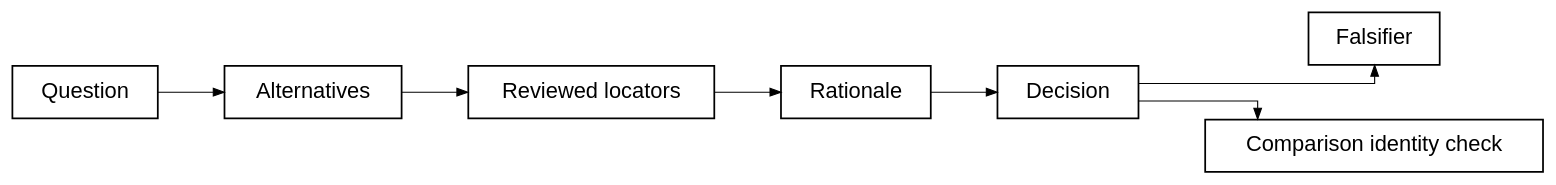
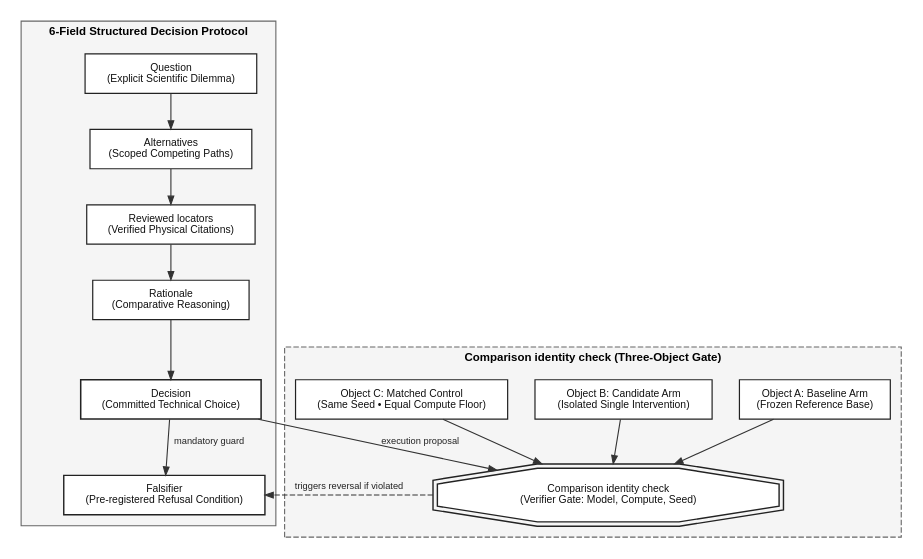
Before and after one commit to umyunsang/argo: the diagram in paper/figures/rendered/fig-04.dot, drawn with Graphviz. The commit also changed 32 other files, not shown here.

Commit message:
feat(paper): redesign all 9 figures into rich multi-tier technical architecture schematics with balanced aspect ratios

```diff
--- a/paper/figures/rendered/fig-04.dot
+++ b/paper/figures/rendered/fig-04.dot
@@ -1,21 +1,72 @@
-digraph G {
-  rankdir=LR;
+digraph DecisionProtocol {
+  compound=true;
+  rankdir=TB;
   bgcolor=white;
-  node [shape=box, style=solid, color=black, fontcolor=black, fontname="Helvetica", fontsize=20, penwidth=1.6, margin="0.30,0.18"];
-  edge [color=black, fontcolor=black, arrowhead=normal, penwidth=1.0];
-  splines=ortho;
-  nodesep=0.70; ranksep=0.85;
-  "Question" [label="Question"];
-  "Alternatives" [label="Alternatives"];
-  "Reviewed locators" [label="Reviewed locators"];
-  "Rationale" [label="Rationale"];
-  "Decision" [label="Decision"];
-  "Falsifier" [label="Falsifier"];
-  "Comparison identity check" [label="Comparison identity check"];
-  "Question" -> "Alternatives";
-  "Alternatives" -> "Reviewed locators";
-  "Reviewed locators" -> "Rationale";
-  "Rationale" -> "Decision";
-  "Decision" -> "Falsifier";
-  "Decision" -> "Comparison identity check";
+  nodesep=0.35;
+  ranksep=0.45;
+
+  node [
+    shape=box,
+    style="filled,solid",
+    fillcolor="#FFFFFF",
+    color="#222222",
+    fontcolor="#111111",
+    fontname="Helvetica",
+    fontsize=9.5,
+    penwidth=1.1,
+    margin="0.14,0.09"
+  ];
+
+  edge [
+    color="#333333",
+    fontcolor="#222222",
+    fontname="Helvetica",
+    fontsize=8.5,
+    arrowhead=normal,
+    arrowsize=0.75,
+    penwidth=1.0
+  ];
+
+  subgraph cluster_protocol {
+    label="6-Field Structured Decision Protocol";
+    fontname="Helvetica-Bold";
+    fontsize=10.5;
+    color="#666666";
+    fillcolor="#F5F5F5";
+    style="filled,solid";
+    margin=10;
+
+    q_node [label="Question\n(Explicit Scientific Dilemma)", shape=box];
+    alt_node [label="Alternatives\n(Scoped Competing Paths)", shape=box];
+    loc_node [label="Reviewed locators\n(Verified Physical Citations)", shape=box];
+    rat_node [label="Rationale\n(Comparative Reasoning)", shape=box];
+    dec_node [label="Decision\n(Committed Technical Choice)", shape=box, style="filled,bold", penwidth=1.4];
+    fal_node [label="Falsifier\n(Pre-registered Refusal Condition)", shape=box, penwidth=1.3];
+
+    q_node -> alt_node -> loc_node -> rat_node -> dec_node;
+    dec_node -> fal_node [label="mandatory guard"];
+  }
+
+  subgraph cluster_identity {
+    label="Comparison identity check (Three-Object Gate)";
+    fontname="Helvetica-Bold";
+    fontsize=10.5;
+    color="#666666";
+    fillcolor="#F5F5F5";
+    style="filled,dashed";
+    margin=10;
+
+    arm_base [label="Object A: Baseline Arm\n(Frozen Reference Base)", fillcolor="#FFFFFF"];
+    arm_cand [label="Object B: Candidate Arm\n(Isolated Single Intervention)", fillcolor="#FFFFFF"];
+    arm_ctrl [label="Object C: Matched Control\n(Same Seed • Equal Compute Floor)", fillcolor="#FFFFFF"];
+    
+    comp_gate [label="Comparison identity check\n(Verifier Gate: Model, Compute, Seed)", shape=doubleoctagon, penwidth=1.3];
+
+    arm_base -> comp_gate;
+    arm_cand -> comp_gate;
+    arm_ctrl -> comp_gate;
+  }
+
+  dec_node -> comp_gate [label="execution proposal"];
+  comp_gate -> fal_node [constraint=false, label="triggers reversal if violated", style=dashed];
 }
```
